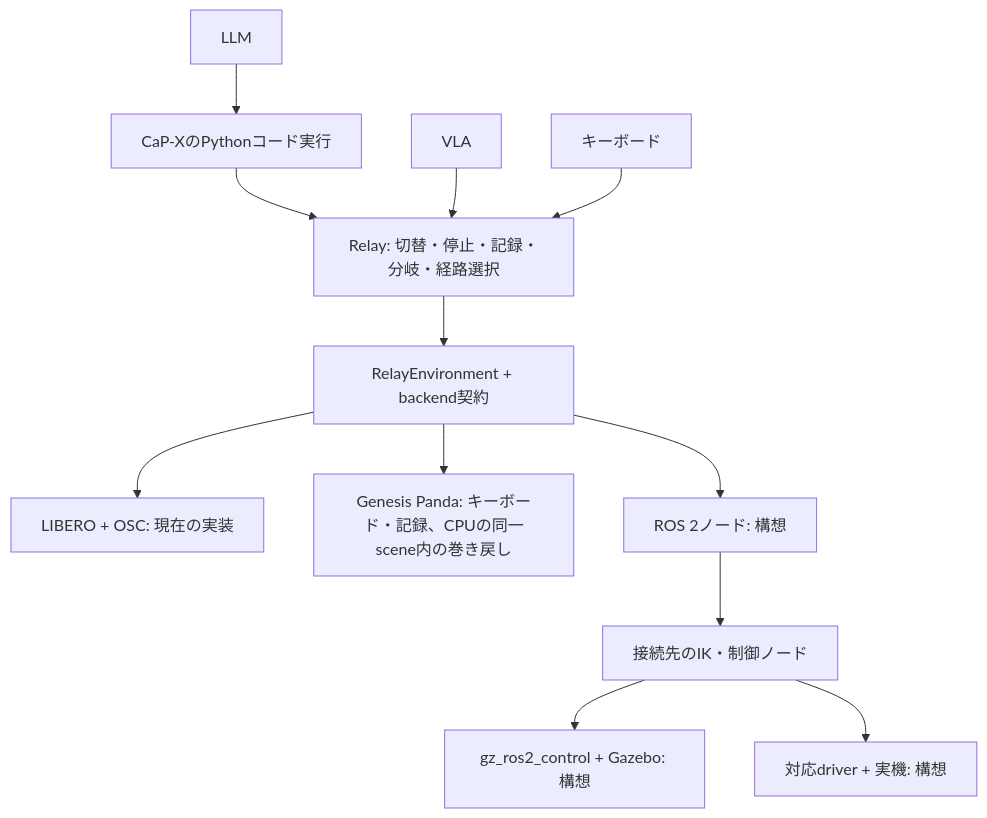
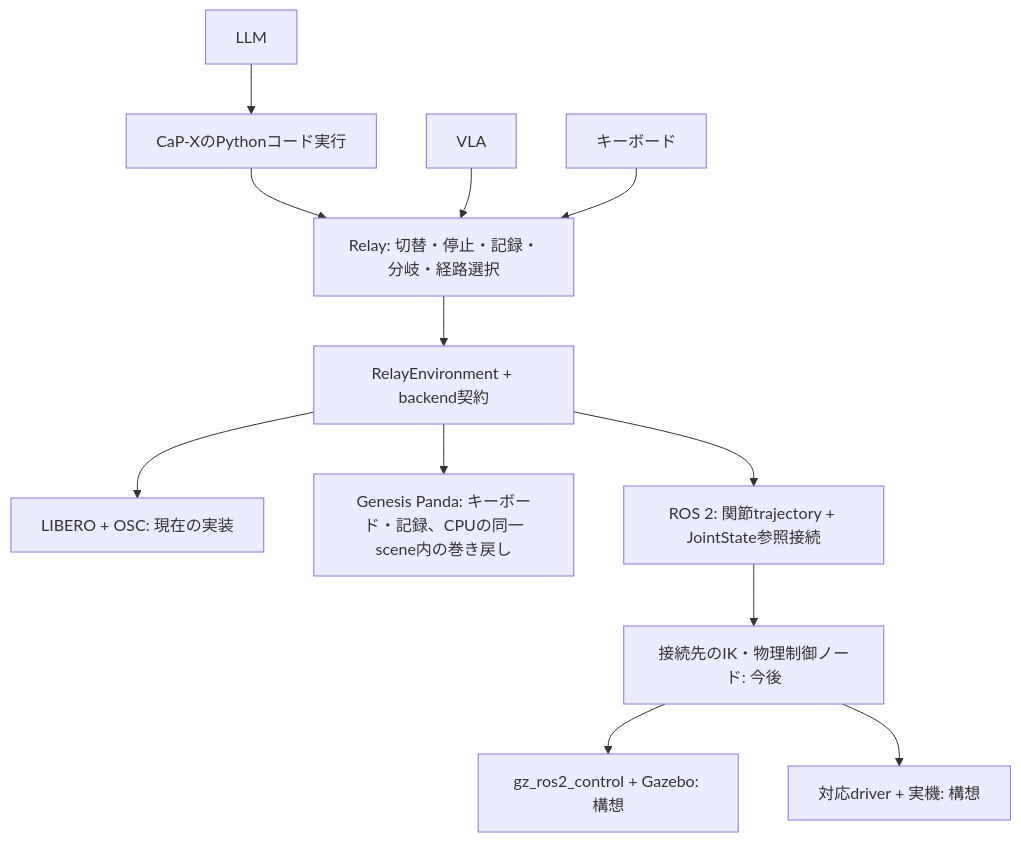
The diagram in docs/environment-adapters.md (takumiecd/relay), drawn with Mermaid before and after one commit. The commit also changed other lines of this file and 22 other files, not shown here.

Commit message:
feat: add ROS 2 joint trajectory backend and reference controller

````diff
--- a/docs/environment-adapters.md
+++ b/docs/environment-adapters.md
@@ -91,14 +92,14 @@
 ```mermaid
 flowchart TD
     L[LLM] --> C[CaP-XのPythonコード実行]
     C --> R[Relay: 切替・停止・記録・分岐・経路選択]
     V[VLA] --> R
     K[キーボード] --> R
     R --> A[RelayEnvironment + backend契約]
     A --> B[LIBERO + OSC: 現在の実装]
     A --> G[Genesis Panda: キーボード・記録、CPUの同一scene内の巻き戻し]
-    A --> N[ROS 2ノード: 構想]
-    N --> T[接続先のIK・制御ノード]
+    A --> N[ROS 2: 関節trajectory + JointState参照接続]
+    N --> T[接続先のIK・物理制御ノード: 今後]
     T --> Z[gz_ros2_control + Gazebo: 構想]
     T --> H[対応driver + 実機: 構想]
 ```
````
